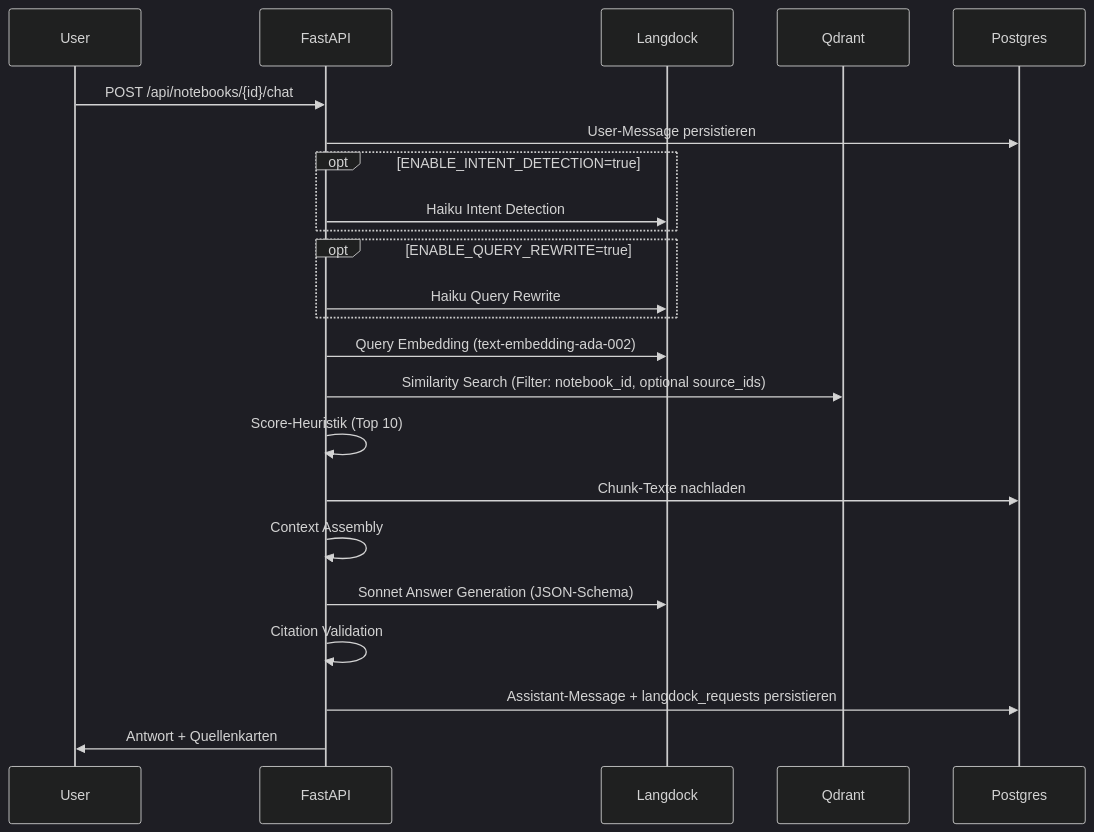
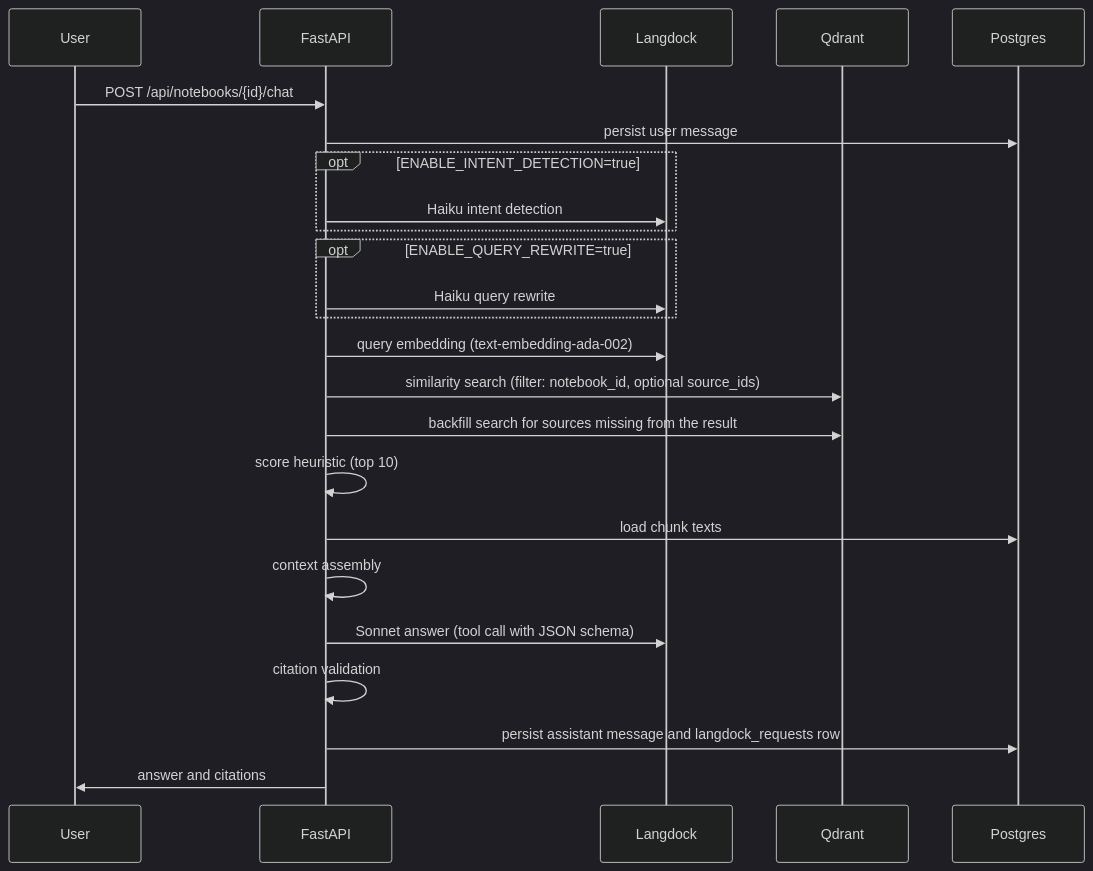
Before and after one commit to Hereliesviolet/NotebookLMC: the diagram in docs/rag-pipeline.md, drawn with Mermaid (dark theme). The commit also changed other lines of this file and 4 other files, not shown here.

````diff
--- a/docs/rag-pipeline.md
+++ b/docs/rag-pipeline.md
@@ -5,25 +3,26 @@
 ```mermaid
 sequenceDiagram
     participant U as User
     participant API as FastAPI
     participant LD as Langdock
     participant Q as Qdrant
     participant PG as Postgres
     U->>API: POST /api/notebooks/{id}/chat
-    API->>PG: User-Message persistieren
+    API->>PG: persist user message
     opt ENABLE_INTENT_DETECTION=true
-        API->>LD: Haiku Intent Detection
+        API->>LD: Haiku intent detection
     end
     opt ENABLE_QUERY_REWRITE=true
-        API->>LD: Haiku Query Rewrite
+        API->>LD: Haiku query rewrite
     end
-    API->>LD: Query Embedding (text-embedding-ada-002)
-    API->>Q: Similarity Search (Filter: notebook_id, optional source_ids)
-    API->>API: Score-Heuristik (Top 10)
-    API->>PG: Chunk-Texte nachladen
-    API->>API: Context Assembly
-    API->>LD: Sonnet Answer Generation (JSON-Schema)
-    API->>API: Citation Validation
-    API->>PG: Assistant-Message + langdock_requests persistieren
-    API->>U: Antwort + Quellenkarten
+    API->>LD: query embedding (text-embedding-ada-002)
+    API->>Q: similarity search (filter: notebook_id, optional source_ids)
+    API->>Q: backfill search for sources missing from the result
+    API->>API: score heuristic (top 10)
+    API->>PG: load chunk texts
+    API->>API: context assembly
+    API->>LD: Sonnet answer (tool call with JSON schema)
+    API->>API: citation validation
+    API->>PG: persist assistant message and langdock_requests row
+    API->>U: answer and citations
 ```
````
